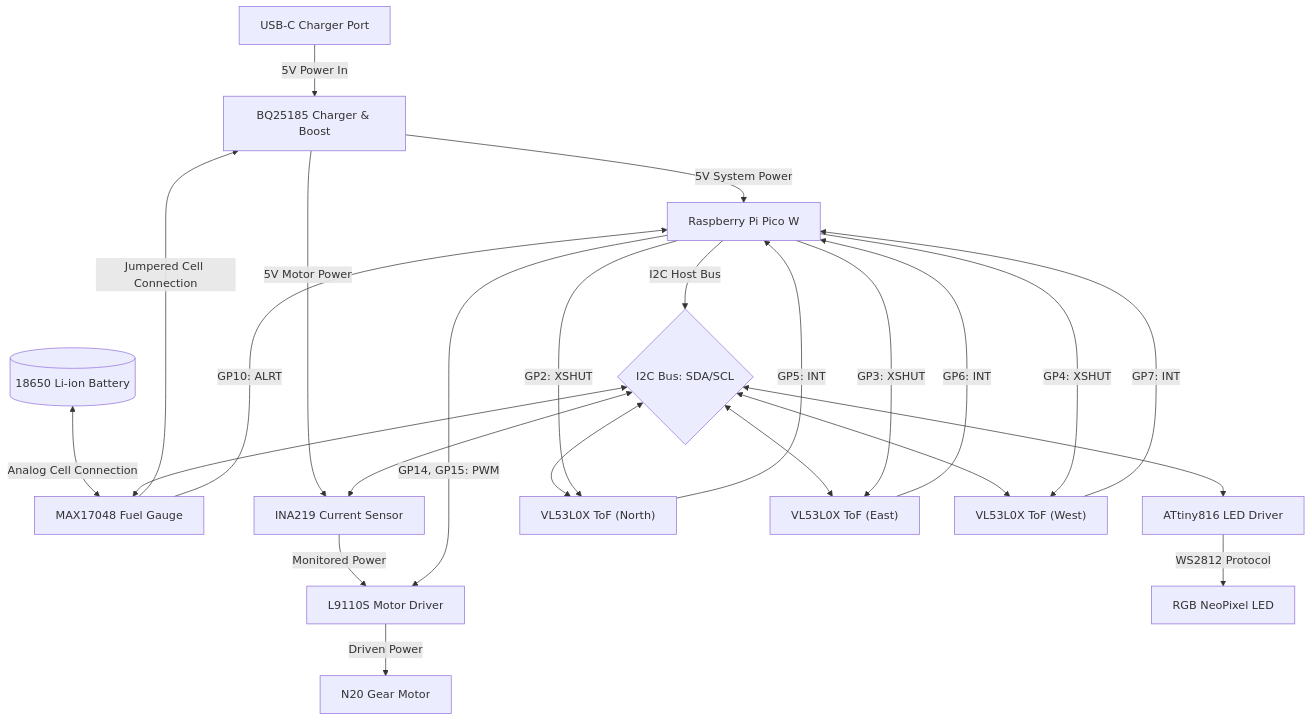
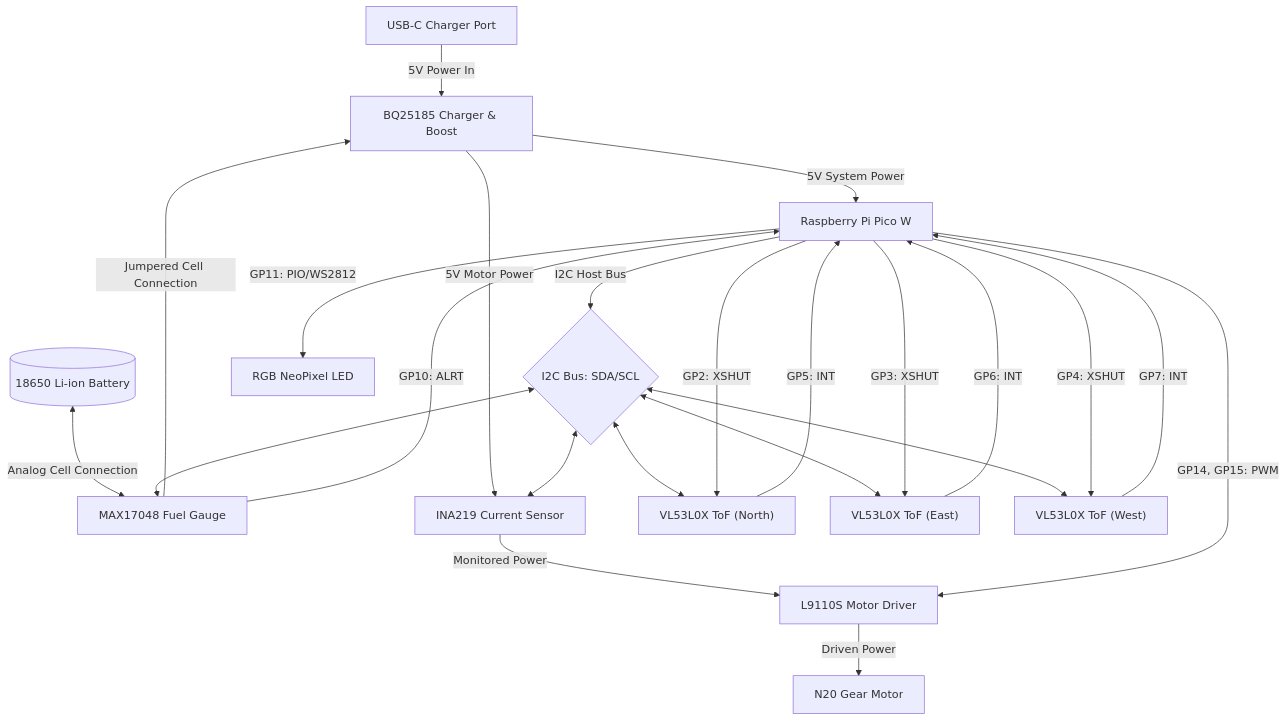
Before and after one commit to picklethecat1488-hue/hardware: the diagram in src/projects/cat_fountain.md, drawn with Mermaid. The commit also changed other lines of this file and 2 other files, not shown here.

Commit message:
Remove attiny from the wiring diagram
Summary:

Test Plan:

````diff
--- a/src/projects/cat_fountain.md
+++ b/src/projects/cat_fountain.md
@@ -35,35 +35,34 @@
 ```mermaid
 graph TD
     %% Power Subsystem
     USBC["USB-C Charger Port"] -->|5V Power In| BQ["BQ25185 Charger & Boost"]
     BAT[("18650 Li-ion Battery")] <-->|Analog Cell Connection| MAX["MAX17048 Fuel Gauge"]
     MAX -->|Jumpered Cell Connection| BQ
     
     %% Power Distribution
     BQ -->|5V System Power| PICO["Raspberry Pi Pico W"]
     BQ -->|5V Motor Power| INA["INA219 Current Sensor"]
     INA -->|Monitored Power| DRV["L9110S Motor Driver"]
     
     %% I2C Bus Connections
     PICO -->|I2C Host Bus| I2CBus{I2C Bus: SDA/SCL}
     I2CBus <--> MAX
     I2CBus <--> INA
-    I2CBus <--> LED_DRV["ATtiny816 LED Driver"]
     I2CBus <--> TOF1["VL53L0X ToF (North)"]
     I2CBus <--> TOF2["VL53L0X ToF (East)"]
     I2CBus <--> TOF3["VL53L0X ToF (West)"]
     
     %% Control Lines
     PICO -->|GP2: XSHUT| TOF1
     PICO -->|GP3: XSHUT| TOF2
     PICO -->|GP4: XSHUT| TOF3
     TOF1 -->|GP5: INT| PICO
     TOF2 -->|GP6: INT| PICO
     TOF3 -->|GP7: INT| PICO
     MAX -->|GP10: ALRT| PICO
     PICO -->|GP14, GP15: PWM| DRV
+    PICO -->|GP11: PIO/WS2812| LED["RGB NeoPixel LED"]
     
     %% Output Connections
     DRV -->|Driven Power| MOTOR["N20 Gear Motor"]
-    LED_DRV -->|WS2812 Protocol| LED["RGB NeoPixel LED"]
 ```
````
